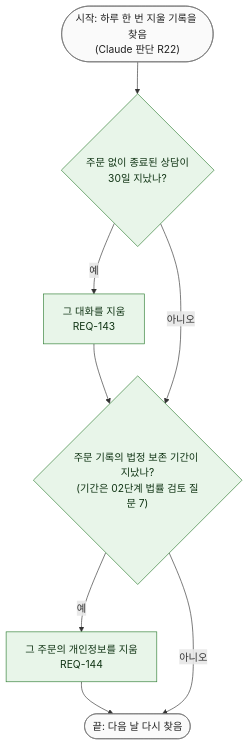
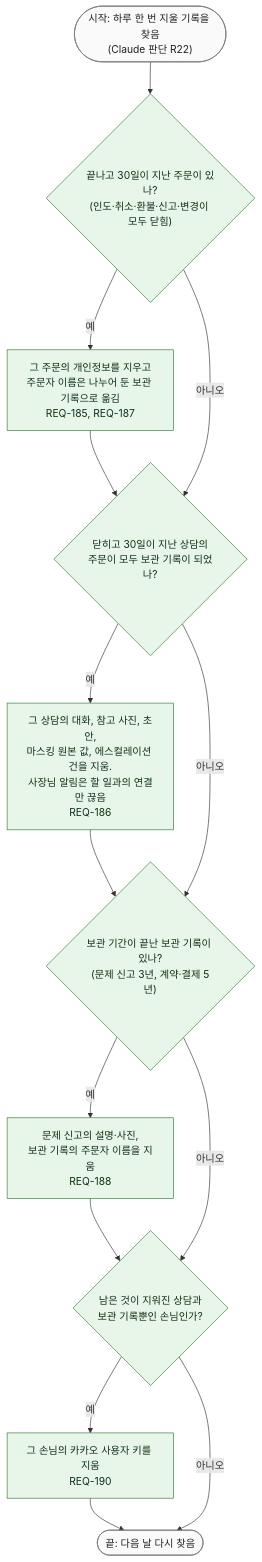
The diagram in docs/03-user-flow/FL-014-delete-old-records.md (kodonghui/siljang.ai), drawn with Mermaid before and after one commit. The commit also changed other lines of this file and 7 other files, not shown here.

First line of the commit message:
PR D 02~04: 설계 재검토 H3 보관과 지우기 요구사항·플로우·SPEC

````diff
--- a/docs/03-user-flow/FL-014-delete-old-records.md
+++ b/docs/03-user-flow/FL-014-delete-old-records.md
@@ -18,20 +20,28 @@
 ```mermaid
 flowchart TD
   S(["시작: 하루 한 번 지울 기록을 찾음<br/>(Claude 판단 R22)"])
-  D1{"주문 없이 종료된 상담이<br/>30일 지났나?"}
-  K1["그 대화를 지움<br/>REQ-143"]
-  D2{"주문 기록의 법정 보존 기간이 지났나?<br/>(기간은 02단계 법률 검토 질문 7)"}
-  K2["그 주문의 개인정보를 지움<br/>REQ-144"]
+  D1{"끝나고 30일이 지난 주문이 있나?<br/>(인도·취소·환불·신고·변경이 모두 닫힘)"}
+  K1["그 주문의 개인정보를 지우고<br/>주문자 이름은 나누어 둔 보관 기록으로 옮김<br/>REQ-185, REQ-187"]
+  D2{"닫히고 30일이 지난 상담의<br/>주문이 모두 보관 기록이 되었나?"}
+  K2["그 상담의 대화, 참고 사진, 초안,<br/>마스킹 원본 값, 에스컬레이션 건을 지움.<br/>사장님 알림은 할 일과의 연결만 끊음<br/>REQ-186"]
+  D3{"보관 기간이 끝난 보관 기록이 있나?<br/>(문제 신고 3년, 계약·결제 5년)"}
+  K3["문제 신고의 설명·사진,<br/>보관 기록의 주문자 이름을 지움<br/>REQ-188"]
+  D4{"남은 것이 지워진 상담과<br/>보관 기록뿐인 손님인가?"}
+  K4["그 손님의 카카오 사용자 키를 지움<br/>REQ-190"]
   E1(["끝: 다음 날 다시 찾음"])
 
   S --> D1
   D1 -->|"예"| K1 --> D2
   D1 -->|"아니오"| D2
-  D2 -->|"예"| K2 --> E1
-  D2 -->|"아니오"| E1
+  D2 -->|"예"| K2 --> D3
+  D2 -->|"아니오"| D3
+  D3 -->|"예"| K3 --> D4
+  D3 -->|"아니오"| D4
+  D4 -->|"예"| K4 --> E1
+  D4 -->|"아니오"| E1
 
   classDef svc fill:#e8f5e9,stroke:#2e7d32,color:#0f3313
   classDef term fill:#fafafa,stroke:#757575,color:#212121
-  class D1,K1,D2,K2 svc
+  class D1,K1,D2,K2,D3,K3,D4,K4 svc
   class S,E1 term
 ```
````
